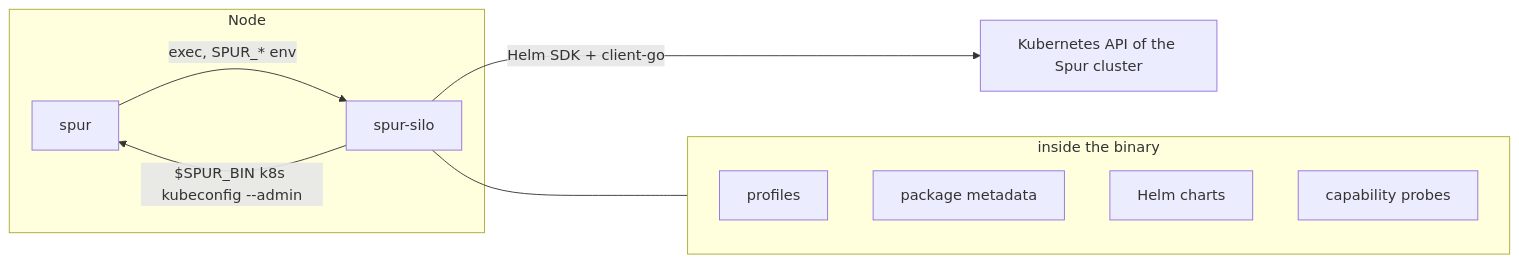
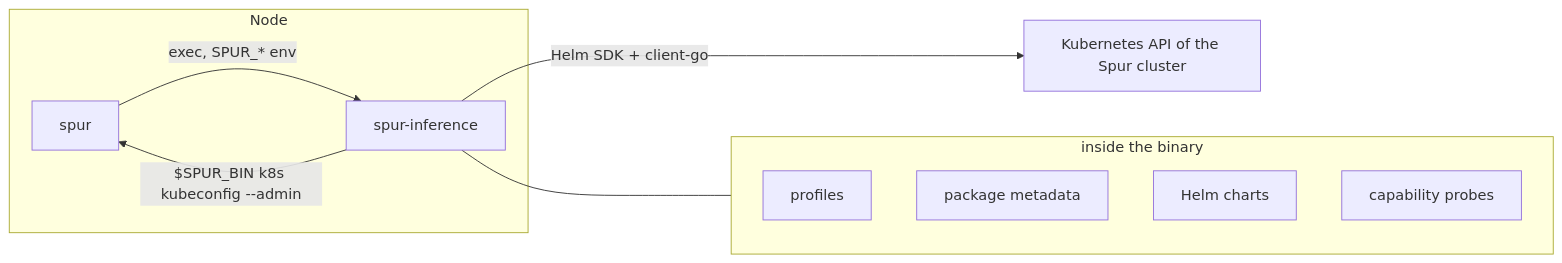
Before and after one commit to silogen/cluster-forge: the second of 2 diagrams in byok/docs/spur-cli-plugins.md, drawn with Mermaid. The commit also changed other lines of this file and 16 other files, not shown here.

````diff
--- a/byok/docs/spur-cli-plugins.md
+++ b/byok/docs/spur-cli-plugins.md
@@ -131,15 +131,15 @@
 ```mermaid
 flowchart LR
     subgraph Node
-      S["spur"] -->|exec, SPUR_* env| P["spur-silo"]
+      S["spur"] -->|exec, SPUR_* env| P["spur-inference"]
       P -->|"$SPUR_BIN k8s kubeconfig --admin"| S
     end
     P -->|Helm SDK + client-go| K["Kubernetes API of the Spur cluster"]
     subgraph P2["inside the binary"]
       C1["profiles"]
       C2["package metadata"]
       C3["Helm charts"]
       C4["capability probes"]
     end
     P --- P2
 ```
````
